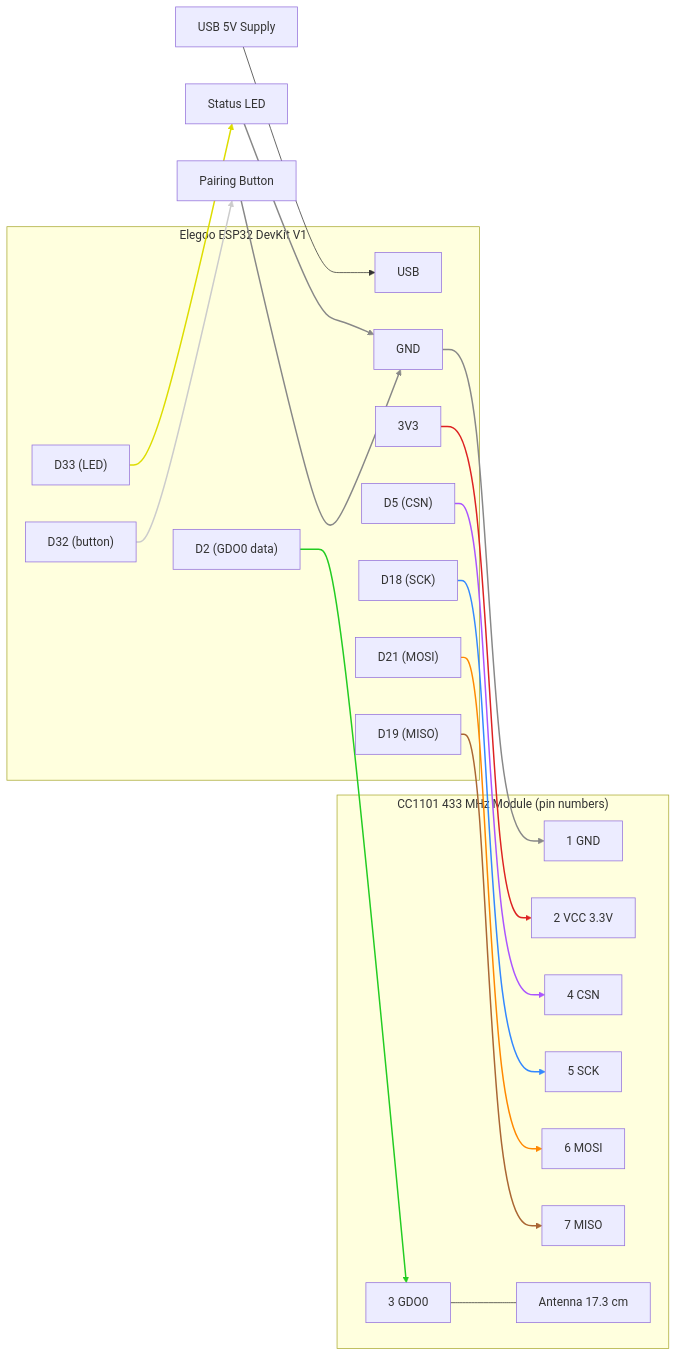
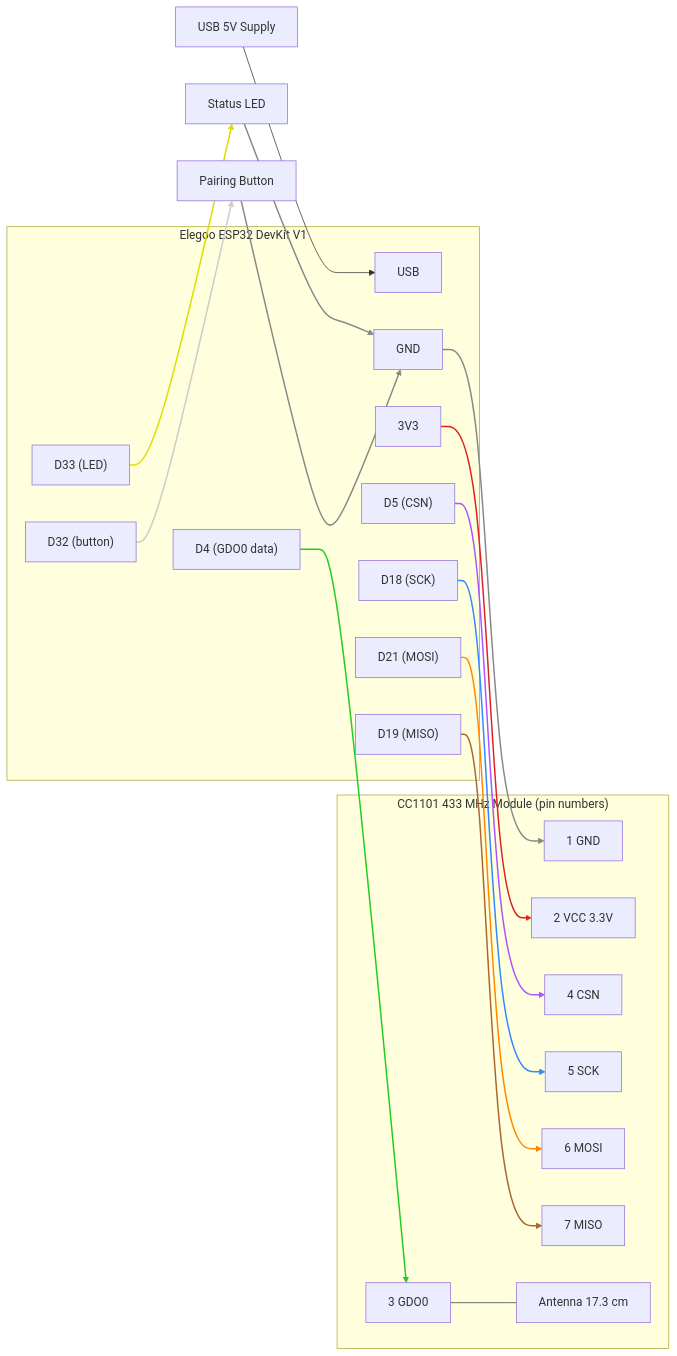
The diagram in docs/hardware.md (tillig/somfy-matter-remote), drawn with Mermaid before and after one commit. The commit also changed other lines of this file and 18 other files, not shown here.

````diff
--- a/docs/hardware.md
+++ b/docs/hardware.md
@@ -113,55 +125,55 @@
 ```mermaid
 flowchart LR
     usb["USB 5V Supply"] --> esp32_usb
     subgraph esp32["Elegoo ESP32 DevKit V1"]
       esp32_usb["USB"]
       esp32_3v3["3V3"]
       esp32_gnd["GND"]
-      esp32_d2["D2 (GDO0 data)"]
+      esp32_d4["D4 (GDO0 data)"]
       esp32_d5["D5 (CSN)"]
       esp32_d18["D18 (SCK)"]
       esp32_d19["D19 (MISO)"]
       esp32_d21["D21 (MOSI)"]
       esp32_d32["D32 (button)"]
       esp32_d33["D33 (LED)"]
     end
     subgraph cc1101["CC1101 433 MHz Module (pin numbers)"]
       cc_gnd["1 GND"]
       cc_vcc["2 VCC 3.3V"]
       cc_gdo0["3 GDO0"]
       cc_csn["4 CSN"]
       cc_sck["5 SCK"]
       cc_mosi["6 MOSI"]
       cc_miso["7 MISO"]
       cc_ant["Antenna 17.3 cm"]
     end
 
     esp32_3v3 --> cc_vcc
     esp32_gnd --> cc_gnd
     esp32_d18 --> cc_sck
     esp32_d19 --> cc_miso
     esp32_d21 --> cc_mosi
     esp32_d5 --> cc_csn
-    esp32_d2 --> cc_gdo0
+    esp32_d4 --> cc_gdo0
     cc_gdo0 --- cc_ant
 
     button["Pairing Button"]
     led["Status LED"]
     esp32_d32 --> button
     button --> esp32_gnd
     esp32_d33 --> led
     led --> esp32_gnd
 
     %% Edge colors match the as-built wire colors listed below the diagram.
     %% linkStyle indices are positional, counted from 0 in the order the edges
     %% are declared above, so adding or reordering an edge shifts them.
     linkStyle 1 stroke:#d22,stroke-width:2px
     linkStyle 2,10,12 stroke:#888,stroke-width:2px
     linkStyle 3 stroke:#38f,stroke-width:2px
     linkStyle 4 stroke:#a63,stroke-width:2px
     linkStyle 5 stroke:#f80,stroke-width:2px
     linkStyle 6 stroke:#a5f,stroke-width:2px
     linkStyle 7 stroke:#2c2,stroke-width:2px
     linkStyle 9 stroke:#ccc,stroke-width:2px
     linkStyle 11 stroke:#dd0,stroke-width:2px
 ```
````
